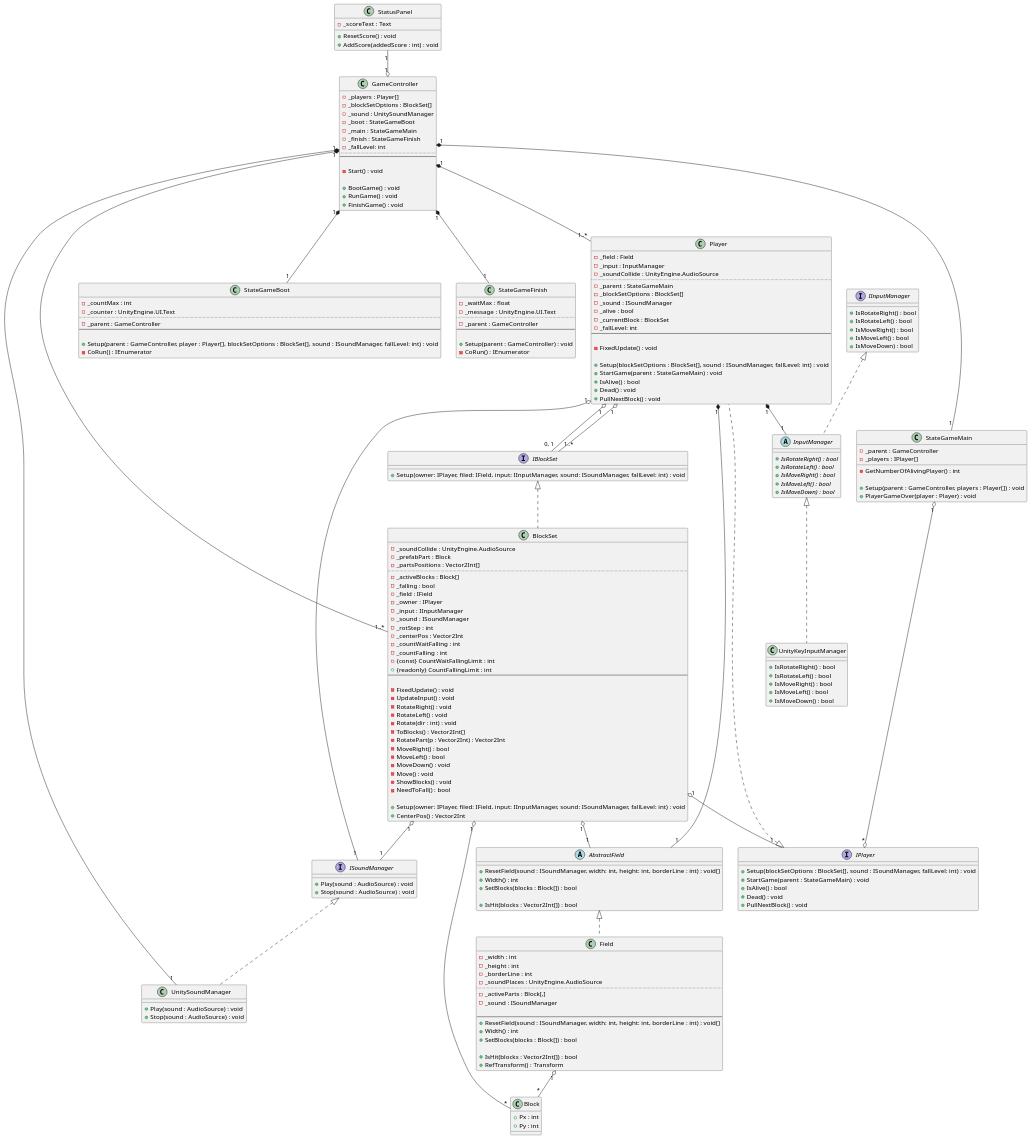
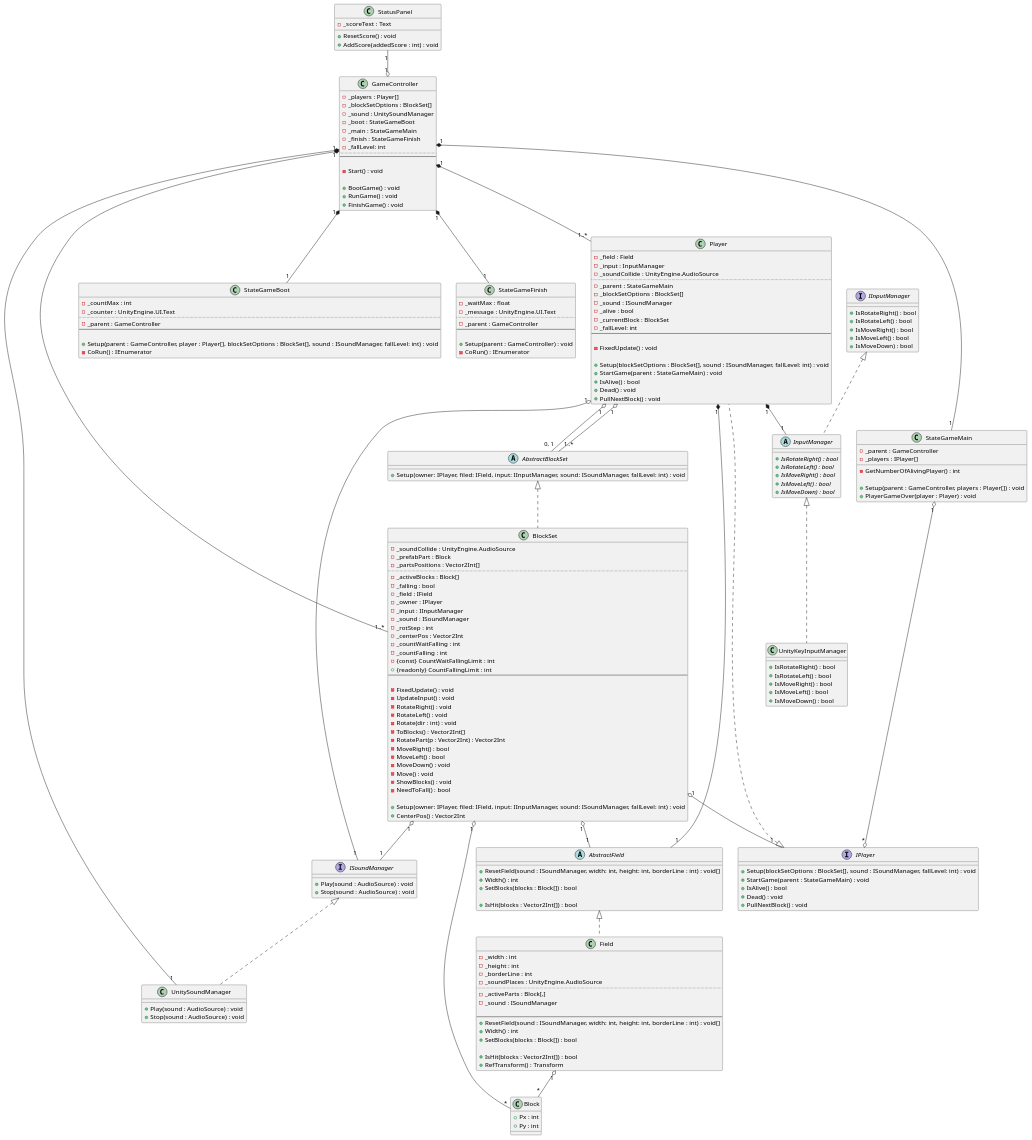
One commit to azarashin/UnityTetris changed the diagram in Documents/PlantUML/CLD_Main.pu. Above: the diagram before and after it, drawn with PlantUML. The commit also changed 5 other files, not shown here.

Commit message:
インターフェースIBlockSet を廃止し、抽象クラスAbstractBlockSet を追加。

```diff
--- a/Documents/PlantUML/CLD_Main.pu
+++ b/Documents/PlantUML/CLD_Main.pu
@@ -152,7 +152,7 @@
     + IsMoveDown() : bool
 }
 
-interface IBlockSet
+abstract class AbstractBlockSet
 {
     + Setup(owner: IPlayer, filed: IField, input: IInputManager, sound: ISoundManager, fallLevel: int) : void
 }
@@ -219,8 +219,8 @@
 }
 
 Player "1" *-- "1" AbstractField
-Player "1" o-- "0, 1" IBlockSet
-Player "1" o-- "1..*" IBlockSet
+Player "1" o-- "0, 1" AbstractBlockSet
+Player "1" o-- "1..*" AbstractBlockSet
 Player "1" *-- "1" InputManager
 Player "1" o-- "1" ISoundManager
 
@@ -238,7 +238,7 @@
 IInputManager <|.. InputManager
 InputManager <|.. UnityKeyInputManager
 ISoundManager <|.. UnitySoundManager
-IBlockSet <|.. BlockSet
+AbstractBlockSet <|.. BlockSet
 AbstractField <|.. Field
 IPlayer <|.. Player
 
```
